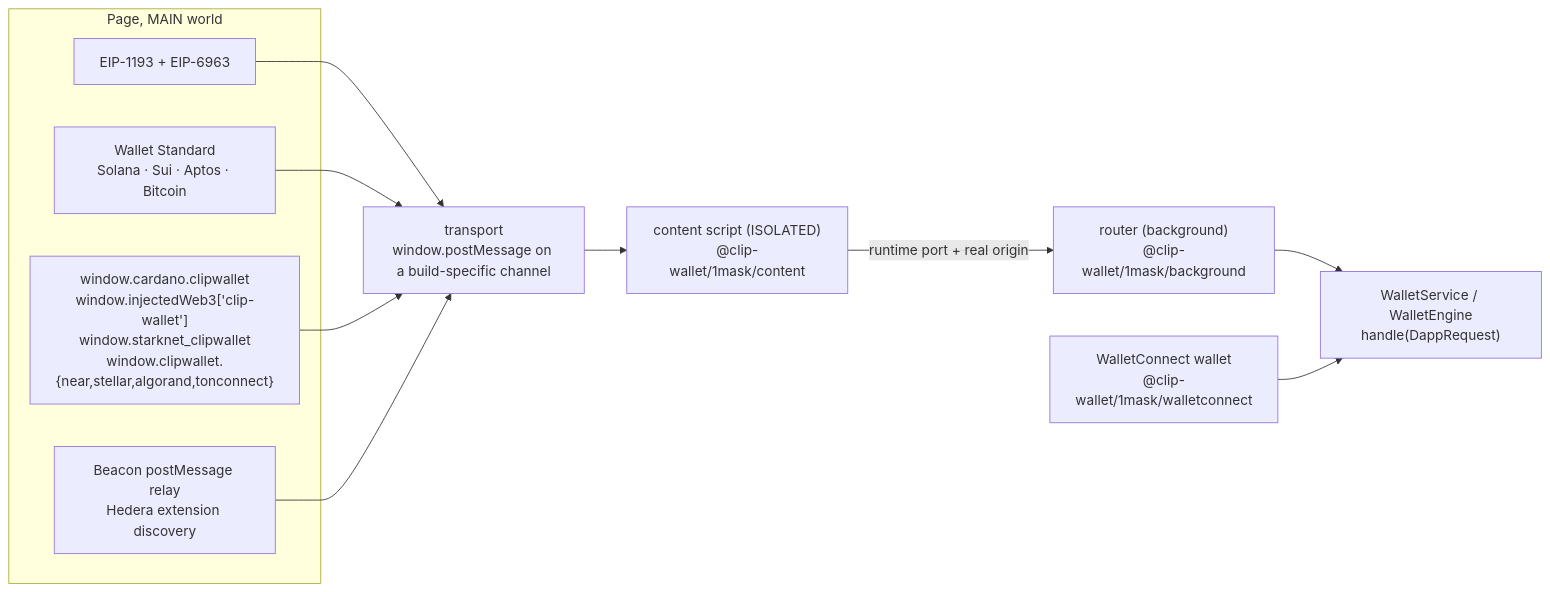
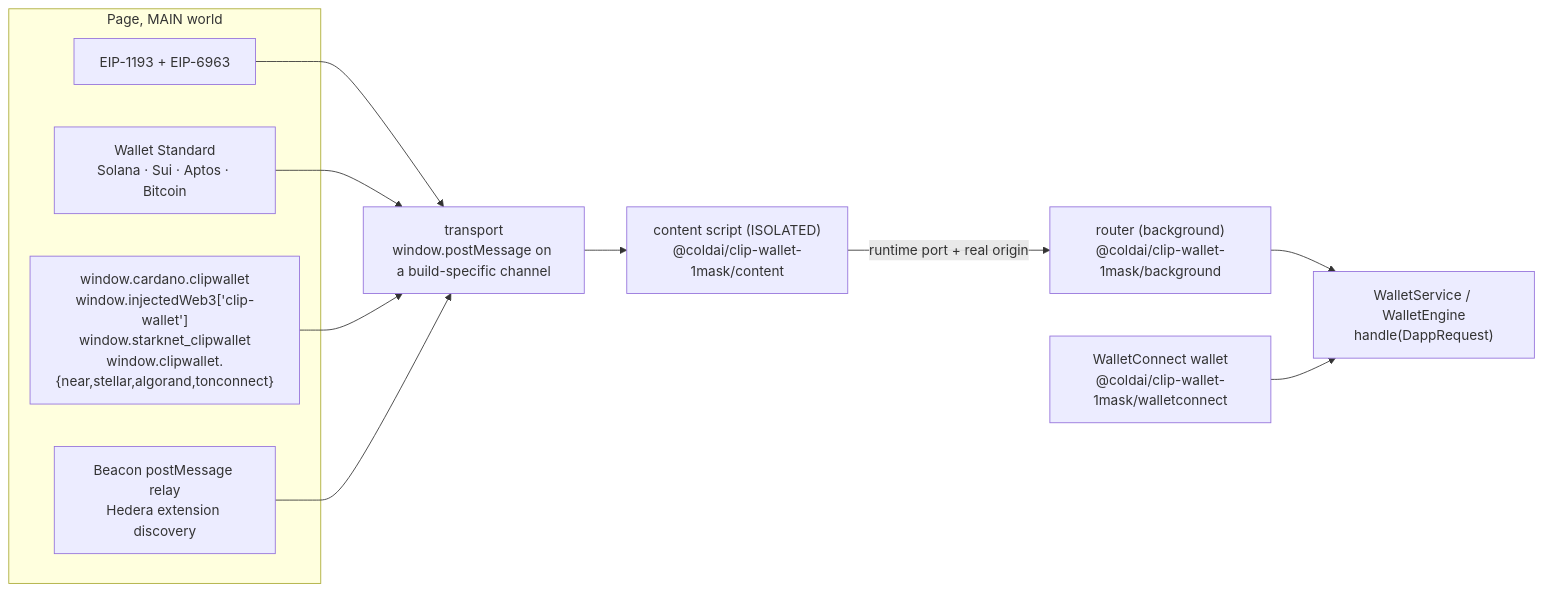
The diagram in apps/docs/src/architecture/onemask.md (ColdAI-org/clip-wallet), drawn with Mermaid before and after one commit. The commit also changed other lines of this file and 1229 other files, not shown here.

First line of the commit message:
build: rename @clip-wallet/<name> to @coldai/clip-wallet-<name>

````diff
--- a/apps/docs/src/architecture/onemask.md
+++ b/apps/docs/src/architecture/onemask.md
@@ -10,16 +10,16 @@
 ```mermaid
 flowchart LR
   subgraph Page["Page, MAIN world"]
     P1["EIP-1193 + EIP-6963"]
     P2["Wallet Standard<br/>Solana · Sui · Aptos · Bitcoin"]
     P3["window.cardano.clipwallet<br/>window.injectedWeb3['clip-wallet']<br/>window.starknet_clipwallet<br/>window.clipwallet.{near,stellar,algorand,tonconnect}"]
     P4["Beacon postMessage relay<br/>Hedera extension discovery"]
   end
   T["transport<br/>window.postMessage on a build-specific channel"]
-  CB["content script (ISOLATED)<br/>@clip-wallet/1mask/content"]
-  R["router (background)<br/>@clip-wallet/1mask/background"]
-  WC["WalletConnect wallet<br/>@clip-wallet/1mask/walletconnect"]
+  CB["content script (ISOLATED)<br/>@coldai/clip-wallet-1mask/content"]
+  R["router (background)<br/>@coldai/clip-wallet-1mask/background"]
+  WC["WalletConnect wallet<br/>@coldai/clip-wallet-1mask/walletconnect"]
   H["WalletService / WalletEngine<br/>handle(DappRequest)"]
   P1 & P2 & P3 & P4 --> T --> CB -- "runtime port + real origin" --> R --> H
   WC --> H
 ```
````
